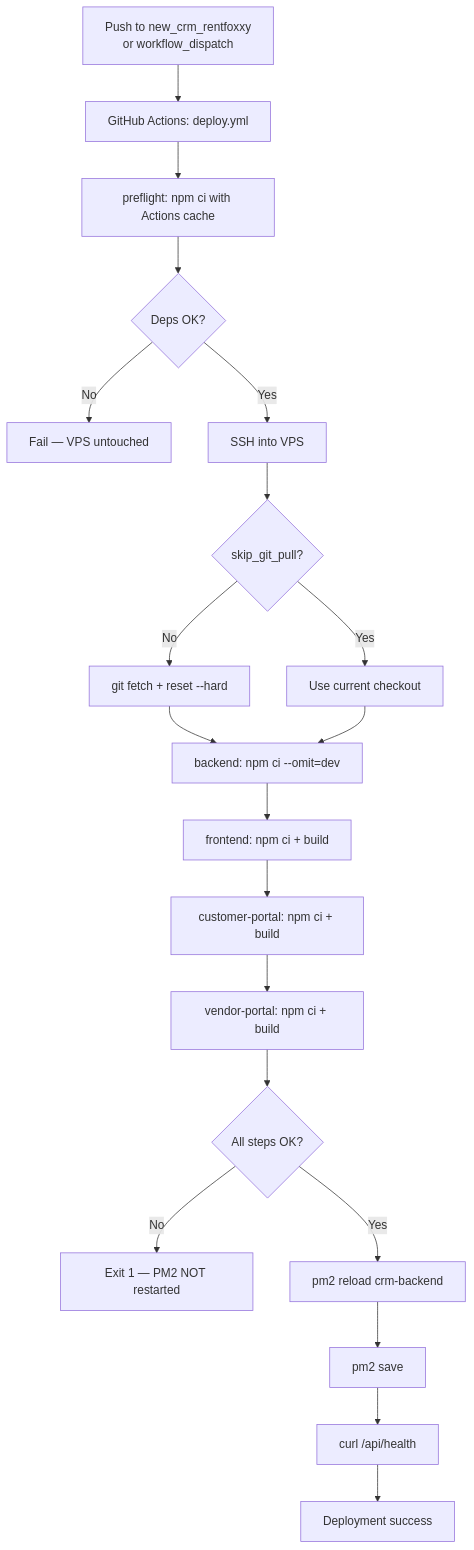
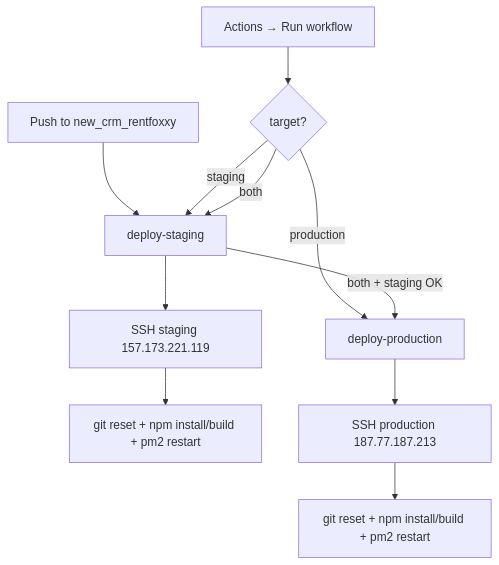
One commit to pankajrentfoxxy/crm_rentfoxxy changed the diagram in deploy/CI_CD_SETUP.md. Above: the diagram before and after it, drawn with Mermaid. The commit also changed other lines of this file and 1 other file, not shown here.

````diff
--- a/deploy/CI_CD_SETUP.md
+++ b/deploy/CI_CD_SETUP.md
@@ -20,22 +26,14 @@
 ```mermaid
 flowchart TD
-  A[Push to new_crm_rentfoxxy<br/>or workflow_dispatch] --> B[GitHub Actions: deploy.yml]
-  B --> C[preflight: npm ci with Actions cache]
-  C --> D{Deps OK?}
-  D -->|No| E[Fail — VPS untouched]
-  D -->|Yes| F[SSH into VPS]
-  F --> G{skip_git_pull?}
-  G -->|No| H[git fetch + reset --hard]
-  G -->|Yes| I[Use current checkout]
-  H --> J[backend: npm ci --omit=dev]
-  I --> J
-  J --> K[frontend: npm ci + build]
-  K --> L[customer-portal: npm ci + build]
-  L --> M[vendor-portal: npm ci + build]
-  M --> N{All steps OK?}
-  N -->|No| O[Exit 1 — PM2 NOT restarted]
-  N -->|Yes| P[pm2 reload crm-backend]
-  P --> Q[pm2 save]
-  Q --> R[curl /api/health]
-  R --> S[Deployment success]
+  A[Push to new_crm_rentfoxxy] --> B[deploy-staging]
+  B --> C[SSH staging 157.173.221.119]
+  C --> D[git reset + npm install/build + pm2 restart]
+
+  E[Actions → Run workflow] --> F{target?}
+  F -->|staging| B
+  F -->|production| G[deploy-production]
+  F -->|both| B
+  B -->|both + staging OK| G
+  G --> H[SSH production 187.77.187.213]
+  H --> I[git reset + npm install/build + pm2 restart]
 ```
````
